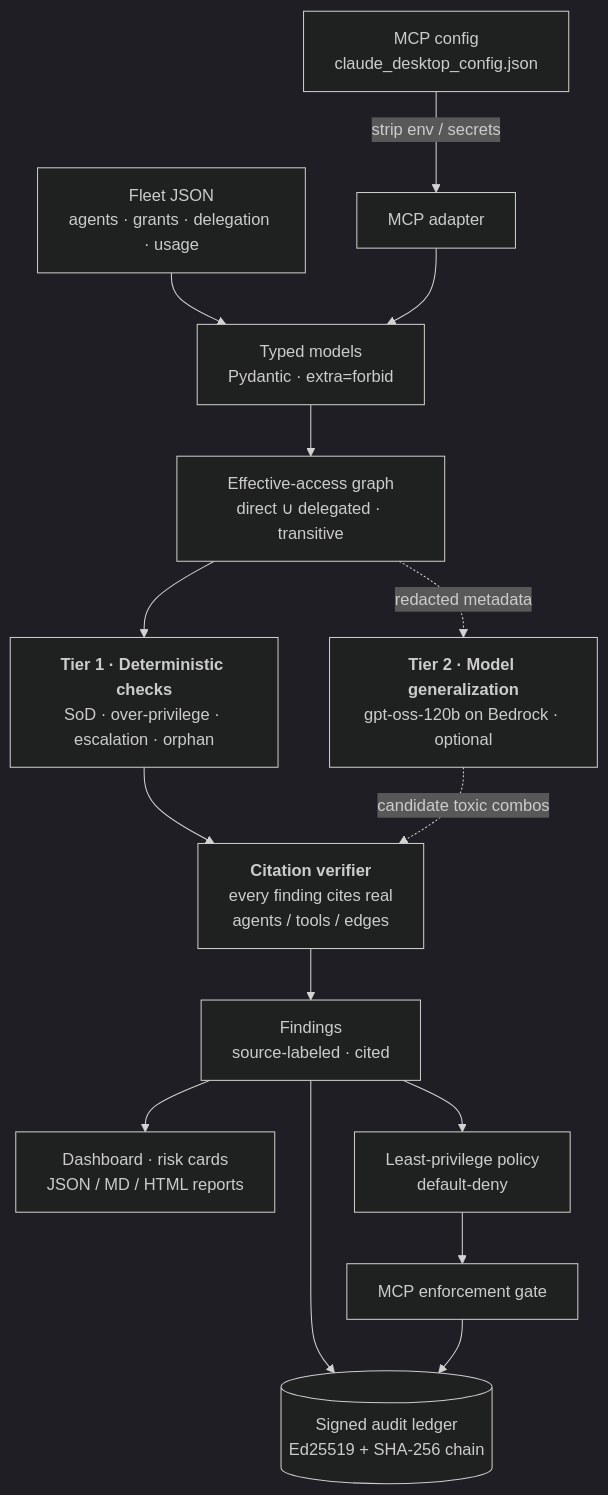
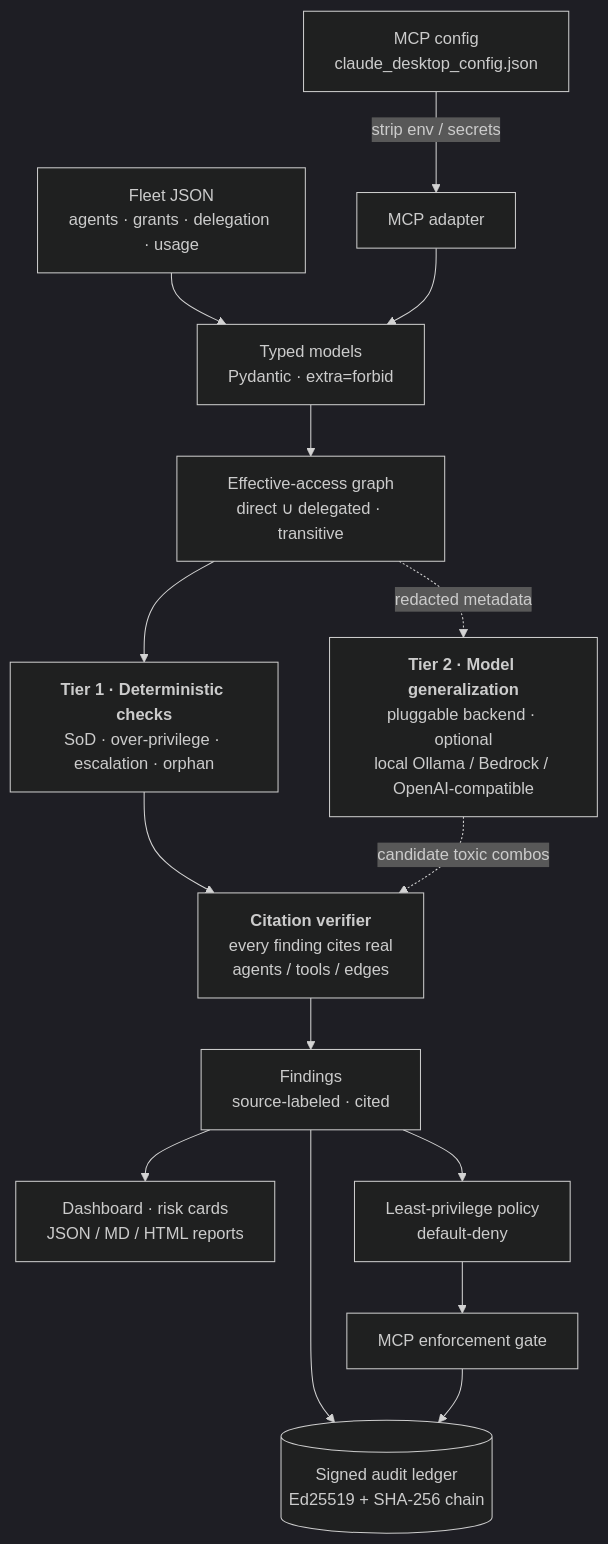
The second of 4 diagrams in docs/ARCHITECTURE.md (vrajjshah/steward), drawn with Mermaid (dark theme) before and after one commit. The commit also changed other lines of this file and 5 other files, not shown here.

````diff
--- a/docs/ARCHITECTURE.md
+++ b/docs/ARCHITECTURE.md
@@ -101,15 +101,15 @@
 ```mermaid
 flowchart TB
     FLEET["Fleet JSON<br/>agents · grants · delegation · usage"] --> LOAD
     MCP["MCP config<br/>claude_desktop_config.json"] -->|"strip env / secrets"| ADAPT["MCP adapter"] --> LOAD["Typed models<br/>Pydantic · extra=forbid"]
     LOAD --> GRAPH["Effective-access graph<br/>direct ∪ delegated · transitive"]
     GRAPH --> DET["<b>Tier 1 · Deterministic checks</b><br/>SoD · over-privilege · escalation · orphan"]
-    GRAPH -.->|"redacted metadata"| LLM["<b>Tier 2 · Model generalization</b><br/>gpt-oss-120b on Bedrock · optional"]
+    GRAPH -.->|"redacted metadata"| LLM["<b>Tier 2 · Model generalization</b><br/>pluggable backend · optional<br/>local Ollama / Bedrock / OpenAI-compatible"]
     DET --> CITE["<b>Citation verifier</b><br/>every finding cites real<br/>agents / tools / edges"]
     LLM -.->|"candidate toxic combos"| CITE
     CITE --> FIND["Findings<br/>source-labeled · cited"]
     FIND --> OUT["Dashboard · risk cards<br/>JSON / MD / HTML reports"]
     FIND --> POL["Least-privilege policy<br/>default-deny"] --> ENF["MCP enforcement gate"]
     FIND --> LED[("Signed audit ledger<br/>Ed25519 + SHA-256 chain")]
     ENF --> LED
 ```
````
